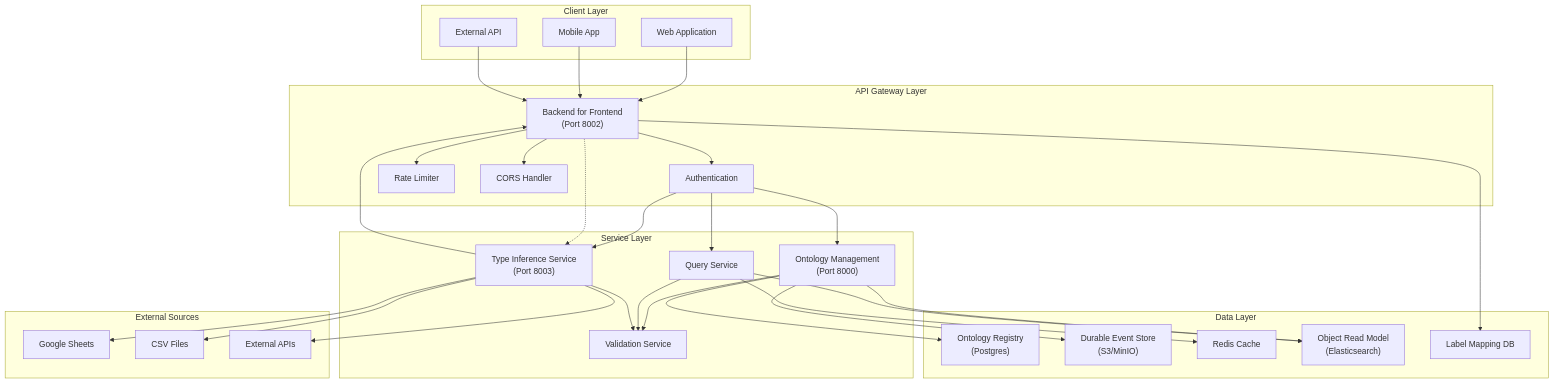
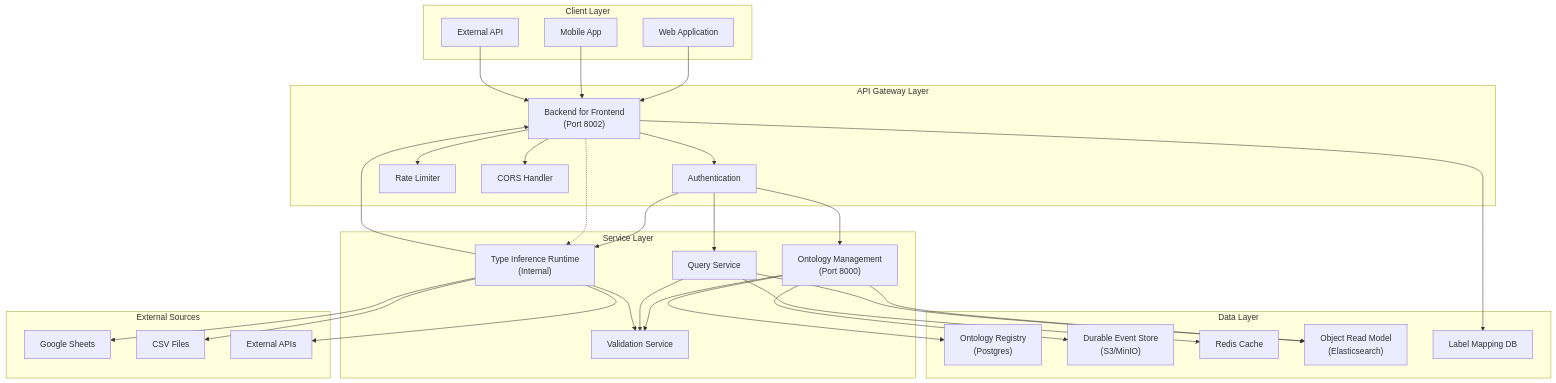
The diagram in docs-portal/docs/architecture/auto-data-flow.mdx (ludia8888/SPICE-Harvester), drawn with Mermaid before and after one commit. The commit also changed 109 other files, not shown here.

````diff
--- a/docs-portal/docs/architecture/auto-data-flow.mdx
+++ b/docs-portal/docs/architecture/auto-data-flow.mdx
@@ -16,71 +16,71 @@
 ```mermaid
 graph TB
     %% Data Flow Architecture
     %% Last Updated: 2026-02-15
     
     subgraph "Client Layer"
         Web[Web Application]
         Mobile[Mobile App]
         API[External API]
     end
     
     subgraph "API Gateway Layer"
         BFF["Backend for Frontend<br/>(Port 8002)"]
         Auth[Authentication]
         RateLimit[Rate Limiter]
         CORS[CORS Handler]
     end
     
     subgraph "Service Layer"
         OMS["Ontology Management<br/>(Port 8000)"]
         Query[Query Service]
         Validator[Validation Service]
-        Funnel["Type Inference Service<br/>(Port 8003)"]
+        Funnel["Type Inference Runtime<br/>(Internal)"]
     end
     
     subgraph "Data Layer"
         Registry["Ontology Registry<br/>(Postgres)"]
         EventStore["Durable Event Store<br/>(S3/MinIO)"]
         Cache[Redis Cache]
         Search["Object Read Model<br/>(Elasticsearch)"]
         LabelDB[Label Mapping DB]
     end
     
     subgraph "External Sources"
         GoogleSheets[Google Sheets]
         CSV[CSV Files]
         ExtAPI[External APIs]
     end
     
     %% Connections
     Web --> BFF
     Mobile --> BFF
     API --> BFF
     
     BFF --> Auth
     BFF --> RateLimit
     BFF --> CORS
     
     Auth --> OMS
     Auth --> Query
     Auth --> Funnel
     
     OMS --> Validator
     Query --> Validator
     Funnel --> Validator
     
     OMS --> Registry
     OMS --> EventStore
     OMS --> Search
     Query --> Search
     Query --> Cache
     BFF --> LabelDB
     
     Funnel --> GoogleSheets
     Funnel --> CSV
     Funnel --> ExtAPI
     
     %% Type Inference Flow
     BFF -.-> Funnel
     Funnel --> BFF
 ```
````
